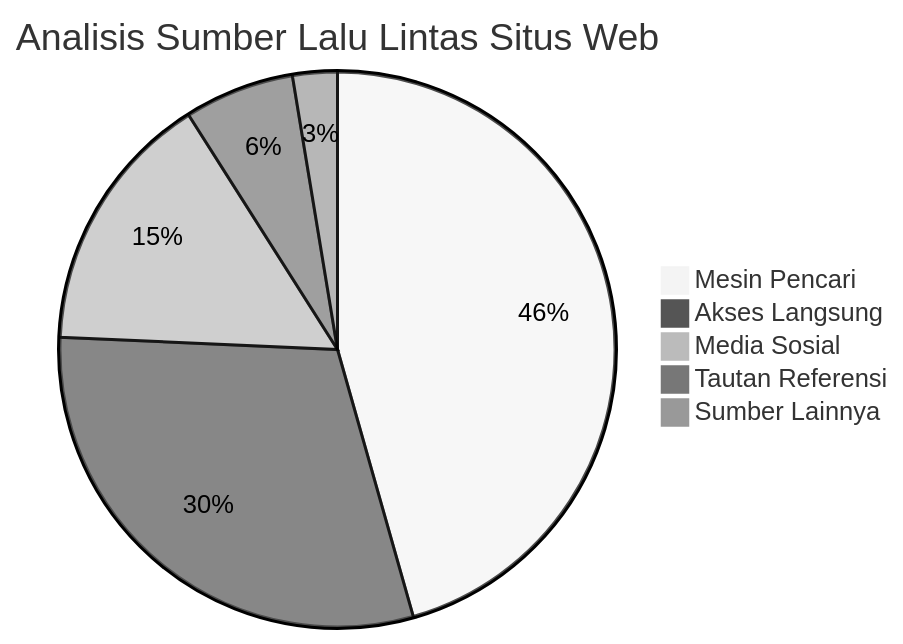
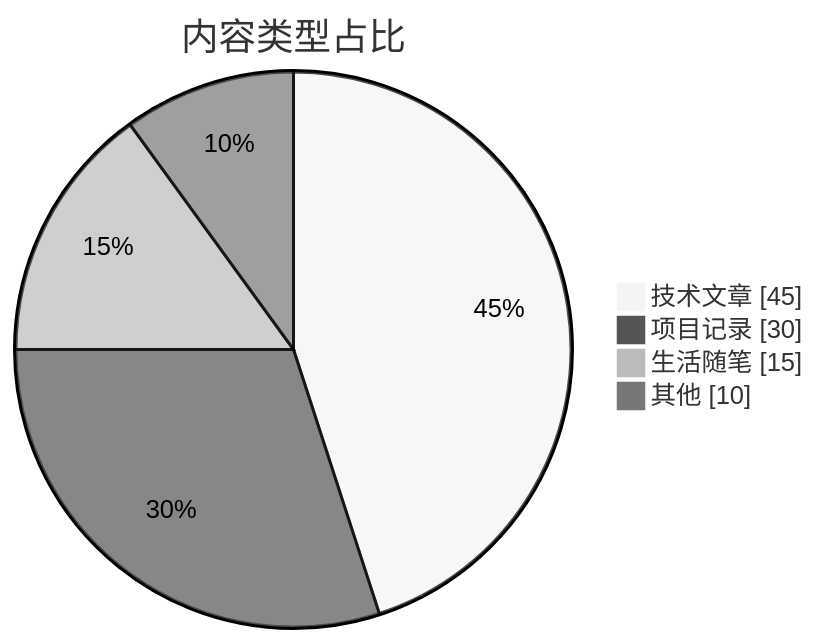
Before and after one commit to abqoryme/LightKira: the seventh of 14 diagrams in src/content/posts/markdown-mermaid.md, drawn with Mermaid (neutral theme). The commit also changed other lines of this file and 516 other files, not shown here.

````diff
--- a/src/content/posts/markdown-mermaid.md
+++ b/src/content/posts/markdown-mermaid.md
@@ -179,9 +201,8 @@
 ```mermaid
-pie title Analisis Sumber Lalu Lintas Situs Web
-    "Mesin Pencari" : 45.6
-    "Akses Langsung" : 30.1
-    "Media Sosial" : 15.3
-    "Tautan Referensi" : 6.4
-    "Sumber Lainnya" : 2.6
-
+pie showData
+    title 内容类型占比
+    "技术文章" : 45
+    "项目记录" : 30
+    "生活随笔" : 15
+    "其他" : 10
 ```
````
